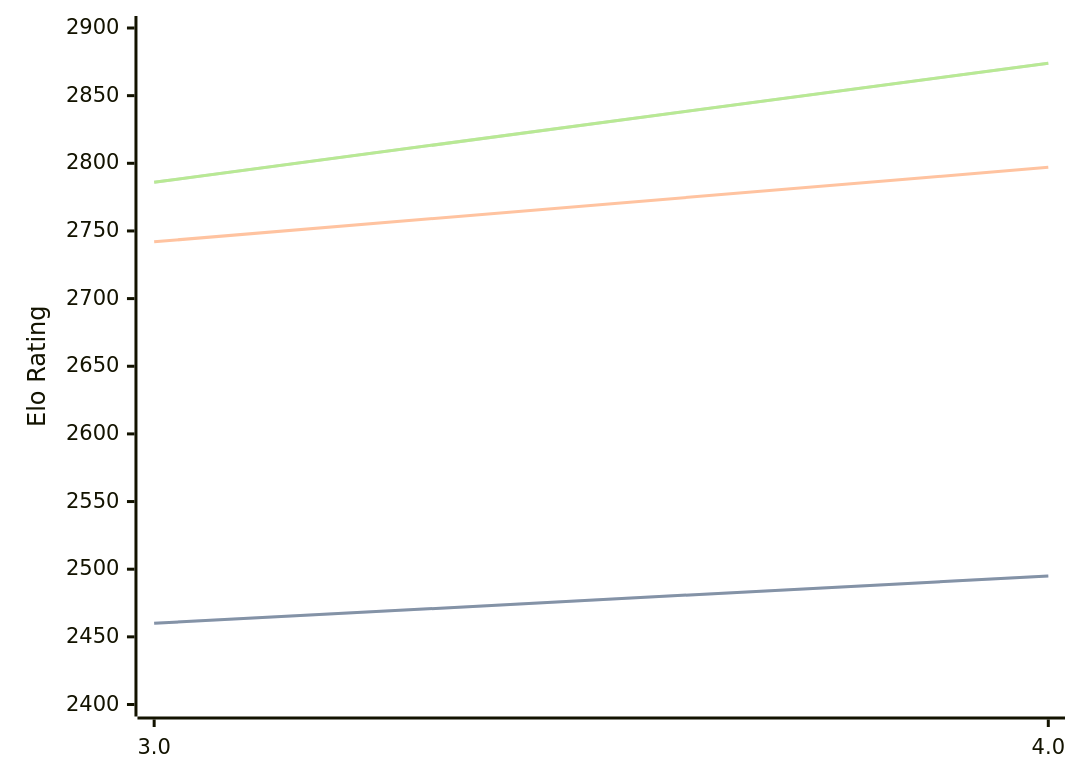
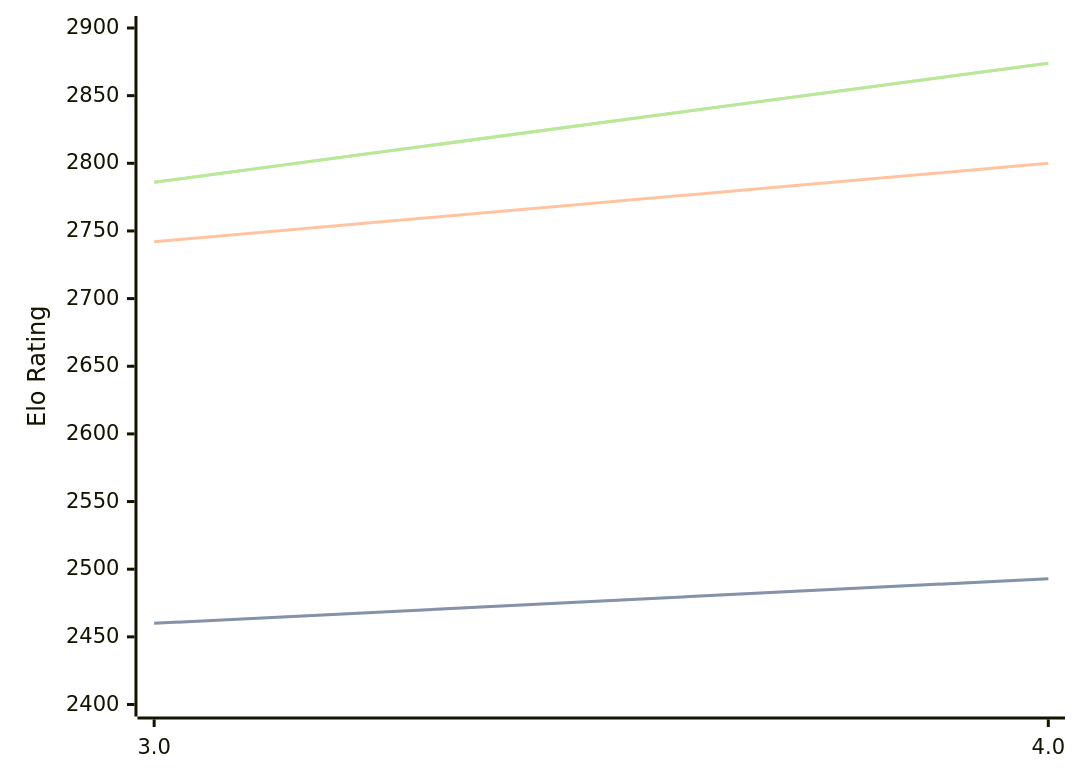
One commit to computer-chess-index/cci changed the diagram in engines/Chess3.md. Above: the diagram before and after it, drawn with Mermaid. The commit also changed other lines of this file, not shown here.

````diff
--- a/engines/Chess3.md
+++ b/engines/Chess3.md
@@ -34,11 +34,11 @@
 ```mermaid
 %%{init: {"theme":"base","themeVariables":{"seriesColors:['#a3a3a3','#222221','#faa371']}}}%%
 xychart-beta
   x-axis ["3.0", "4.0"]
   y-axis "Elo Rating" 2400 --> 2900
-  line "STC (8.0+0.08s)" [2460, 2495]
-  line "STC (8.0+0.08s)" [2460, 2495]
-  line "LTC (60.0+0.60s)" [2742, 2797]
+  line "STC (8.0+0.08s)" [2460, 2493]
+  line "STC (8.0+0.08s)" [2460, 2493]
+  line "LTC (60.0+0.60s)" [2742, 2800]
   line "VLTC (2m24s+1.12s)" [2786, 2874]
   line "VLTC (2m24s+1.12s)" [2786, 2874]
 ```
````
